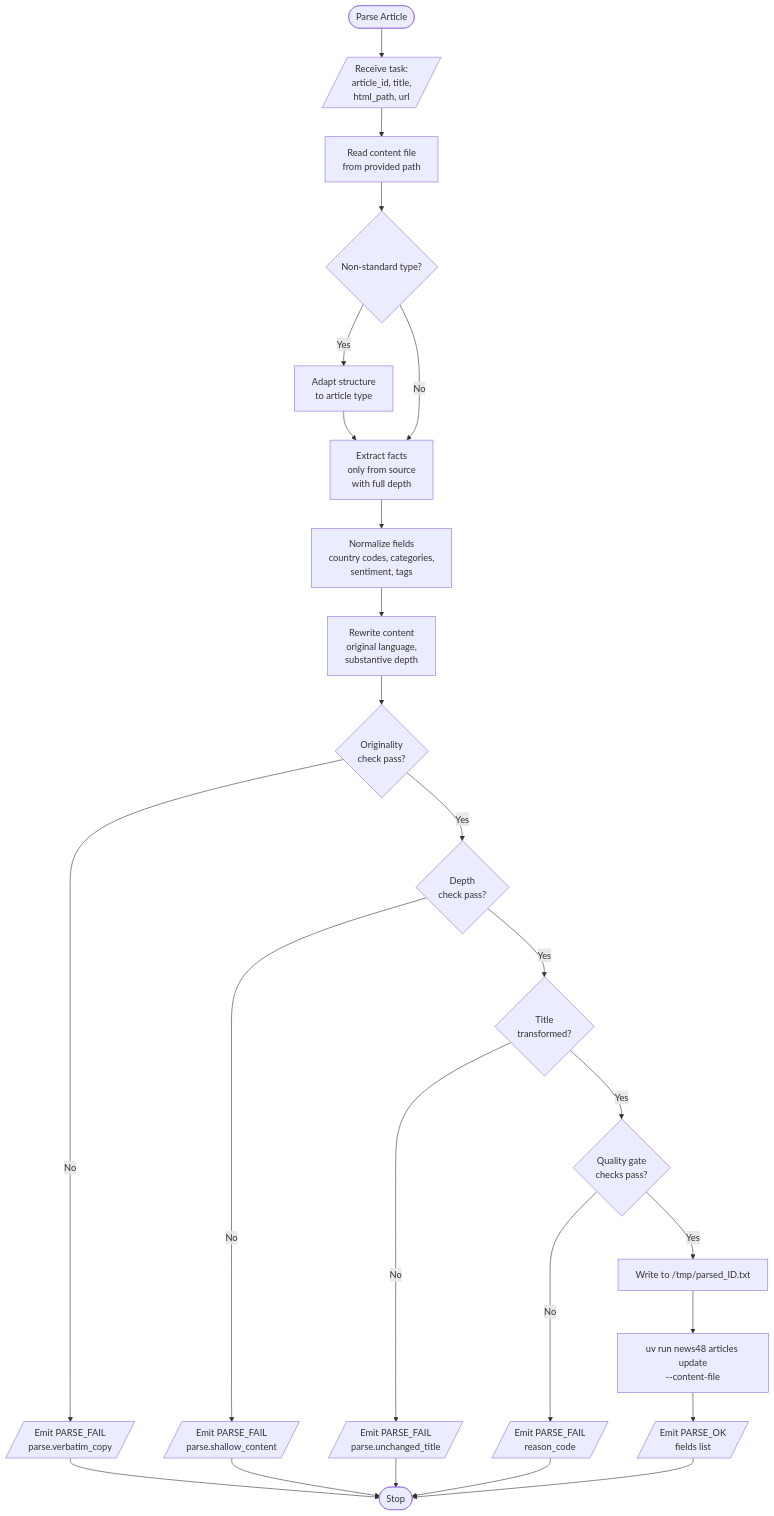
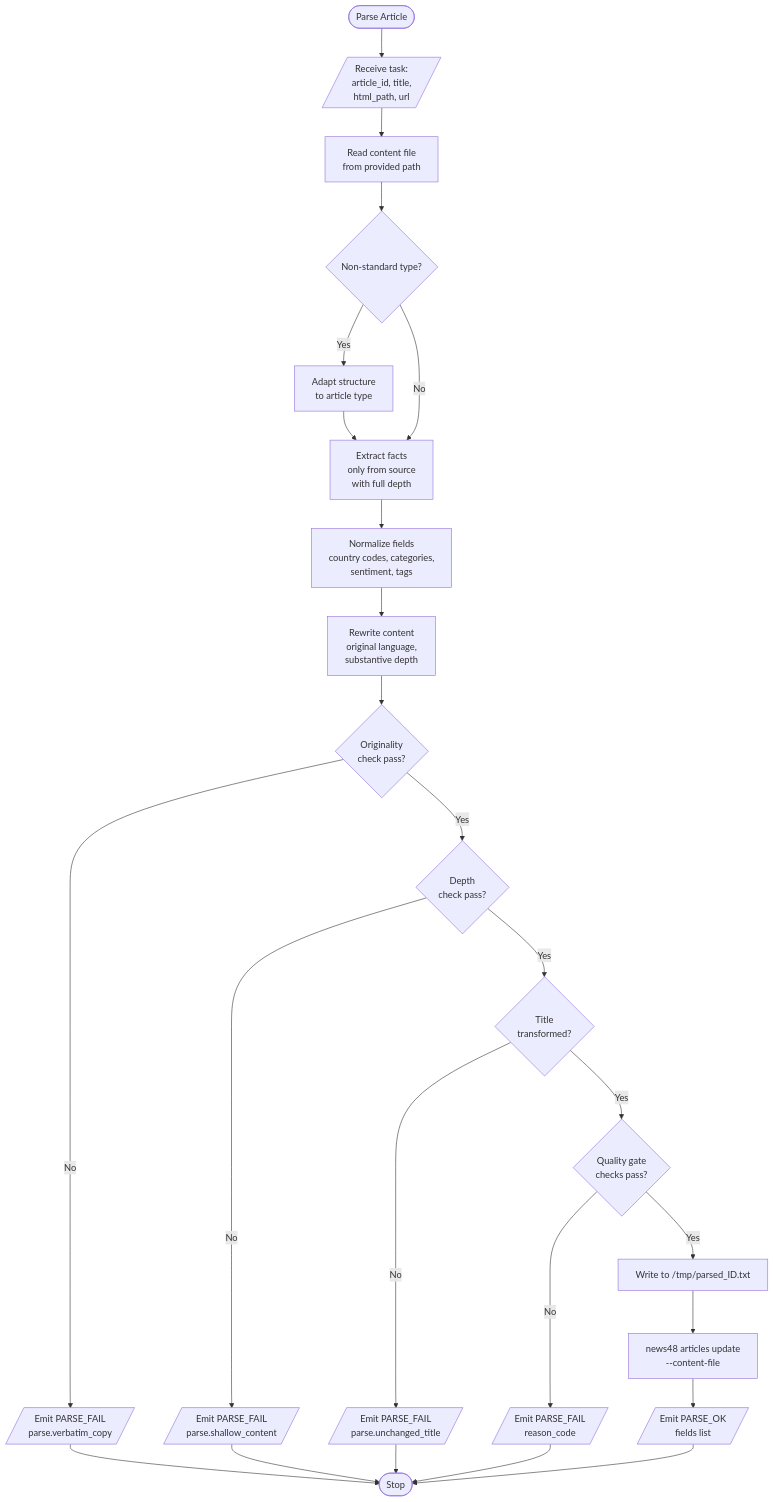
The diagram in news48/core/agents/skills/parser/business-logic.md (malvavisc0/news48), drawn with Mermaid before and after one commit. The commit also changed other lines of this file and 15 other files, not shown here.

````diff
--- a/news48/core/agents/skills/parser/business-logic.md
+++ b/news48/core/agents/skills/parser/business-logic.md
@@ -3,27 +3,27 @@
 ```mermaid
 flowchart TD
     Start([Parse Article]) --> Input[/Receive task:<br/>article_id, title,<br/>html_path, url/]
     Input --> ReadContent[Read content file<br/>from provided path]
     ReadContent --> TypeCheck{Non-standard type?}
     TypeCheck -->|Yes| Adapt[Adapt structure<br/>to article type]
     TypeCheck -->|No| Extract
     Adapt --> Extract[Extract facts<br/>only from source<br/>with full depth]
     Extract --> Normalize[Normalize fields<br/>country codes, categories,<br/>sentiment, tags]
     Normalize --> Rewrite[Rewrite content<br/>original language,<br/>substantive depth]
     Rewrite --> OriginalityCheck{Originality<br/>check pass?}
     OriginalityCheck -->|No| FailCopy[/Emit PARSE_FAIL<br/>parse.verbatim_copy/]
     OriginalityCheck -->|Yes| DepthCheck{Depth<br/>check pass?}
     DepthCheck -->|No| FailDepth[/Emit PARSE_FAIL<br/>parse.shallow_content/]
     DepthCheck -->|Yes| TitleCheck{Title<br/>transformed?}
     TitleCheck -->|No| FailTitle[/Emit PARSE_FAIL<br/>parse.unchanged_title/]
     TitleCheck -->|Yes| QualityGate{Quality gate<br/>checks pass?}
     QualityGate -->|No| Fail[/Emit PARSE_FAIL<br/>reason_code/]
     QualityGate -->|Yes| Stage[Write to /tmp/parsed_ID.txt]
-    Stage --> Update[uv run news48 articles update<br/>--content-file]
+    Stage --> Update[news48 articles update<br/>--content-file]
     Update --> Success[/Emit PARSE_OK<br/>fields list/]
     Success --> Stop([Stop])
     FailCopy --> Stop
     FailDepth --> Stop
     FailTitle --> Stop
     Fail --> Stop
 ```
````
